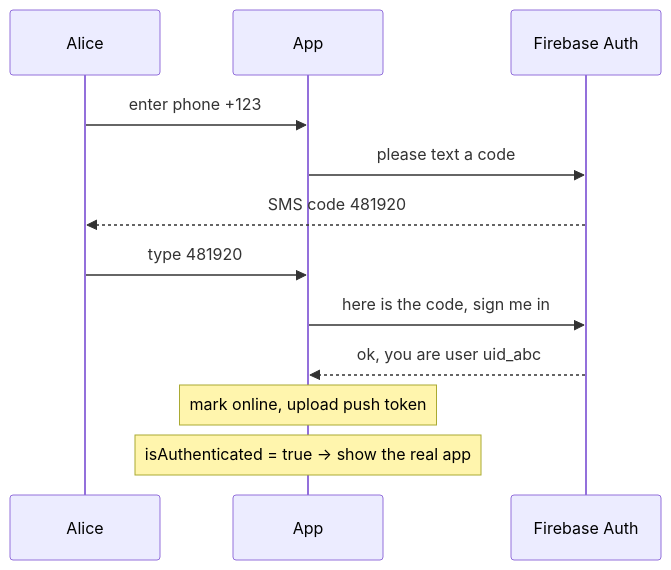
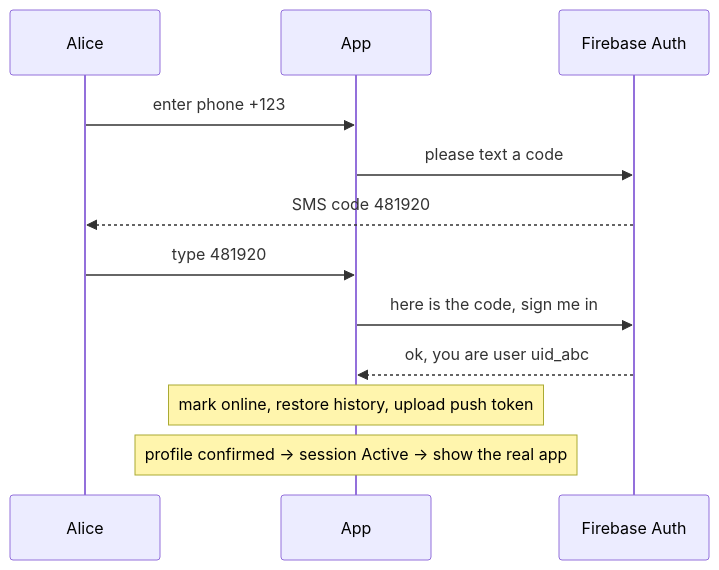
One commit to DerekBurned/messenger-docs changed the diagram in 02 - Features/Authentication - Explained Simply.md. Above: the diagram before and after it, drawn with Mermaid. The commit also changed other lines of this file and 4 other files, not shown here.

Commit message:
Update Authentication for the session gate, per-flow verification ids and logout hygiene

````diff
--- a/02 - Features/Authentication - Explained Simply.md
+++ b/02 - Features/Authentication - Explained Simply.md
@@ -52,14 +57,14 @@
 ```mermaid
 sequenceDiagram
     participant U as Alice
     participant App as App
     participant FB as Firebase Auth
     U->>App: enter phone +123
     App->>FB: please text a code
     FB-->>U: SMS code 481920
     U->>App: type 481920
     App->>FB: here is the code, sign me in
     FB-->>App: ok, you are user uid_abc
-    Note over App: mark online, upload push token
-    Note over App: isAuthenticated = true -> show the real app
+    Note over App: mark online, restore history, upload push token
+    Note over App: profile confirmed -> session Active -> show the real app
 ```
````
